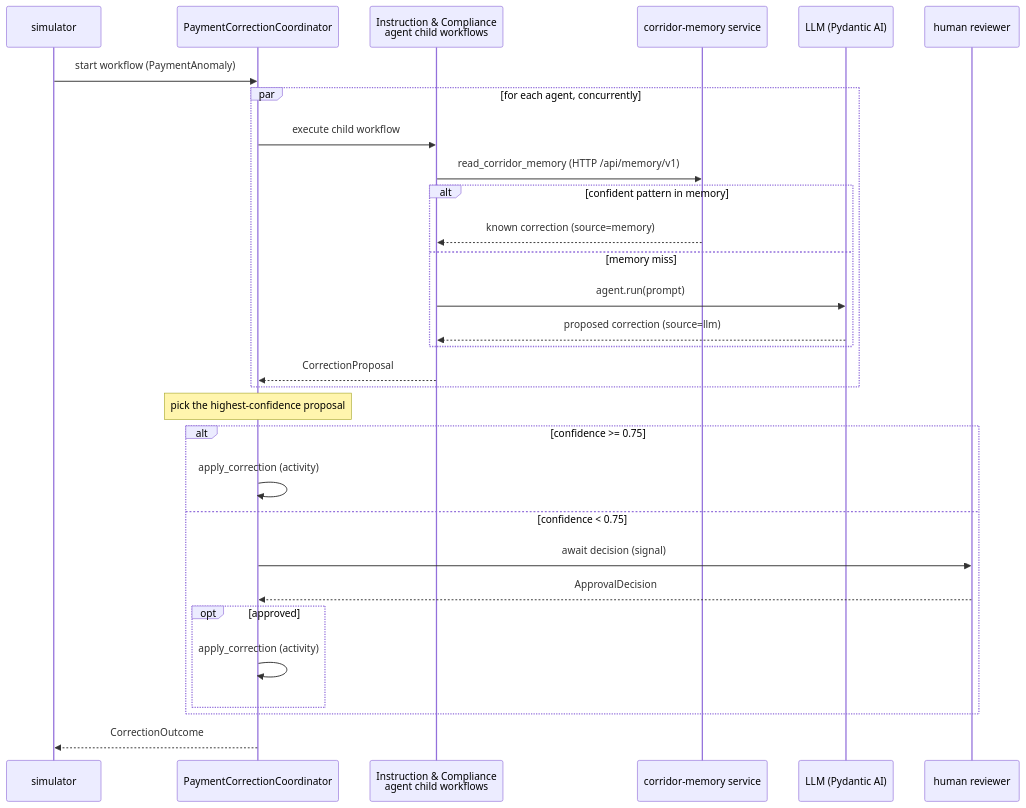
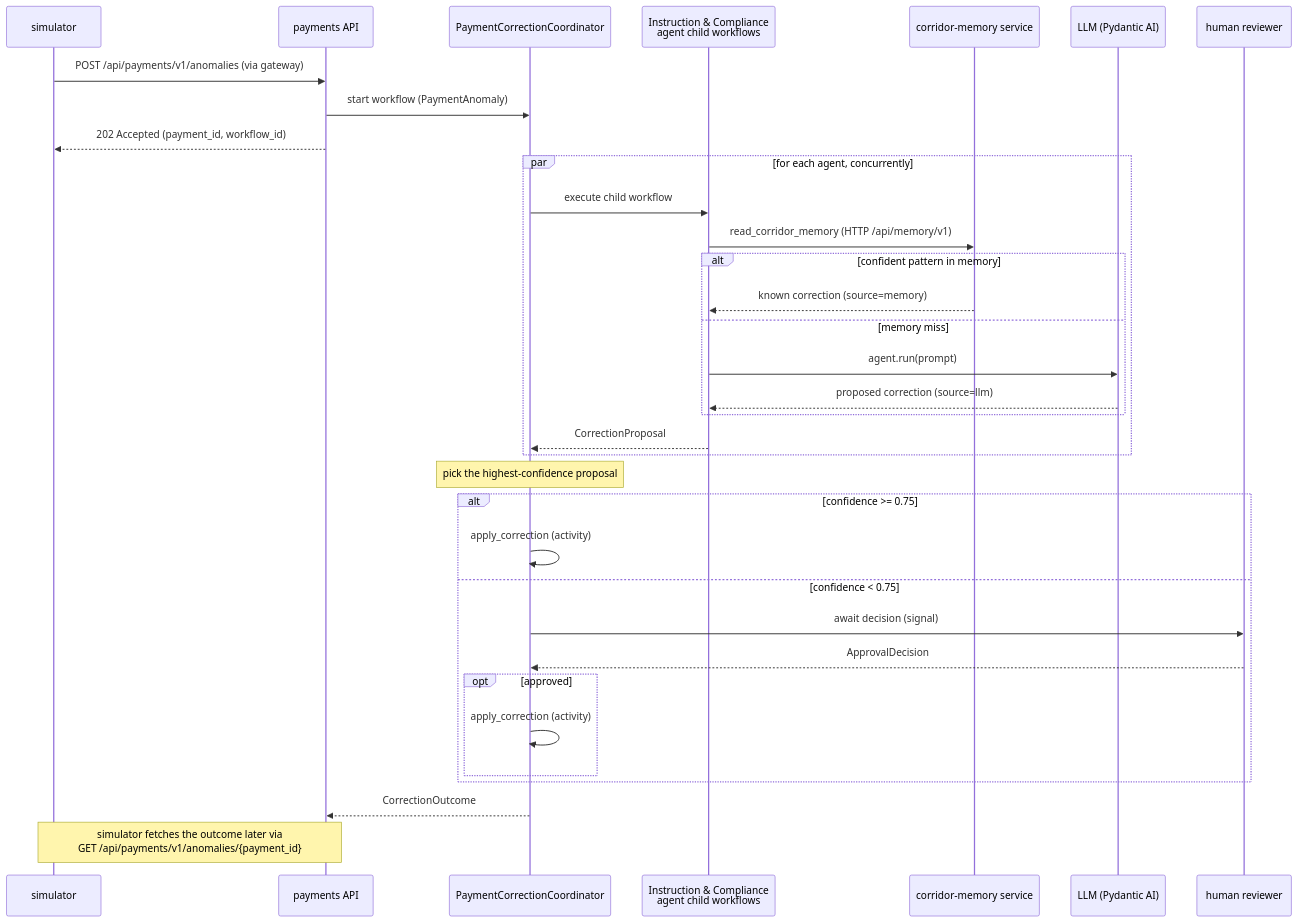
Before and after one commit to alexandreroman/temporal-payment-corridor-workshop: the diagram in README.md, drawn with Mermaid. The commit also changed other lines of this file and 1 other file, not shown here.

First line of the commit message:
Document the payments API and worker/API split

````diff
--- a/README.md
+++ b/README.md
@@ -246,33 +297,37 @@
 ```mermaid
 sequenceDiagram
     participant Sim as simulator
+    participant API as payments API
     participant Coord as PaymentCorrectionCoordinator
     participant Agent as Instruction & Compliance<br/>agent child workflows
     participant Mem as corridor-memory service
     participant LLM as LLM (Pydantic AI)
     participant Human as human reviewer
 
-    Sim->>Coord: start workflow (PaymentAnomaly)
+    Sim->>API: POST /api/payments/v1/anomalies (via gateway)
+    API->>Coord: start workflow (PaymentAnomaly)
+    API-->>Sim: 202 Accepted (payment_id, workflow_id)
     par for each agent, concurrently
         Coord->>Agent: execute child workflow
         Agent->>Mem: read_corridor_memory (HTTP /api/memory/v1)
         alt confident pattern in memory
             Mem-->>Agent: known correction (source=memory)
         else memory miss
             Agent->>LLM: agent.run(prompt)
             LLM-->>Agent: proposed correction (source=llm)
         end
         Agent-->>Coord: CorrectionProposal
     end
     Note over Coord: pick the highest-confidence proposal
     alt confidence >= 0.75
         Coord->>Coord: apply_correction (activity)
     else confidence < 0.75
         Coord->>Human: await decision (signal)
         Human-->>Coord: ApprovalDecision
         opt approved
             Coord->>Coord: apply_correction (activity)
         end
     end
-    Coord-->>Sim: CorrectionOutcome
+    Coord-->>API: CorrectionOutcome
+    Note over Sim,API: simulator fetches the outcome later via<br/>GET /api/payments/v1/anomalies/{payment_id}
 ```
````
